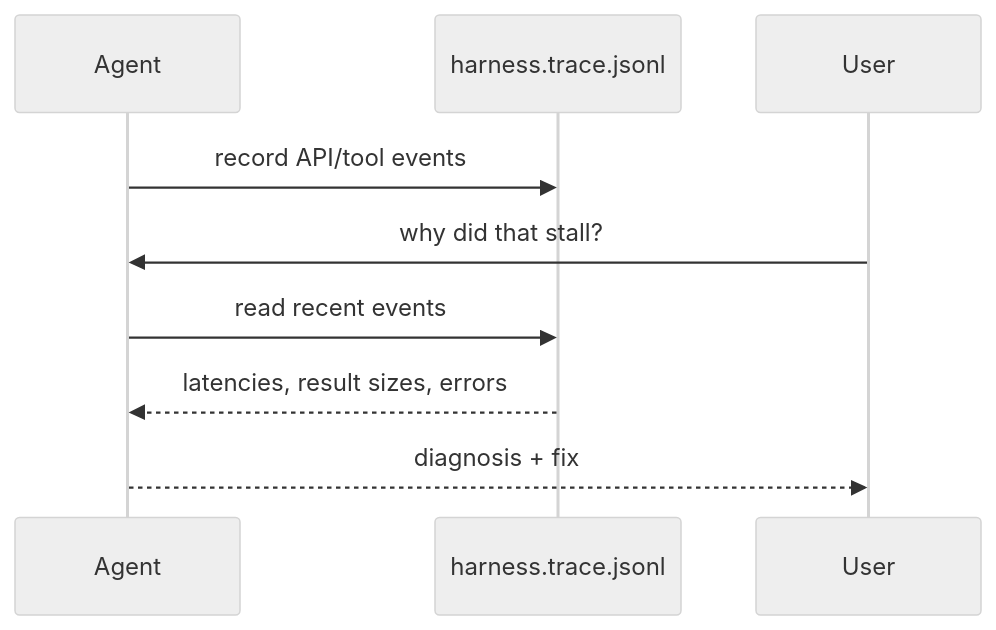
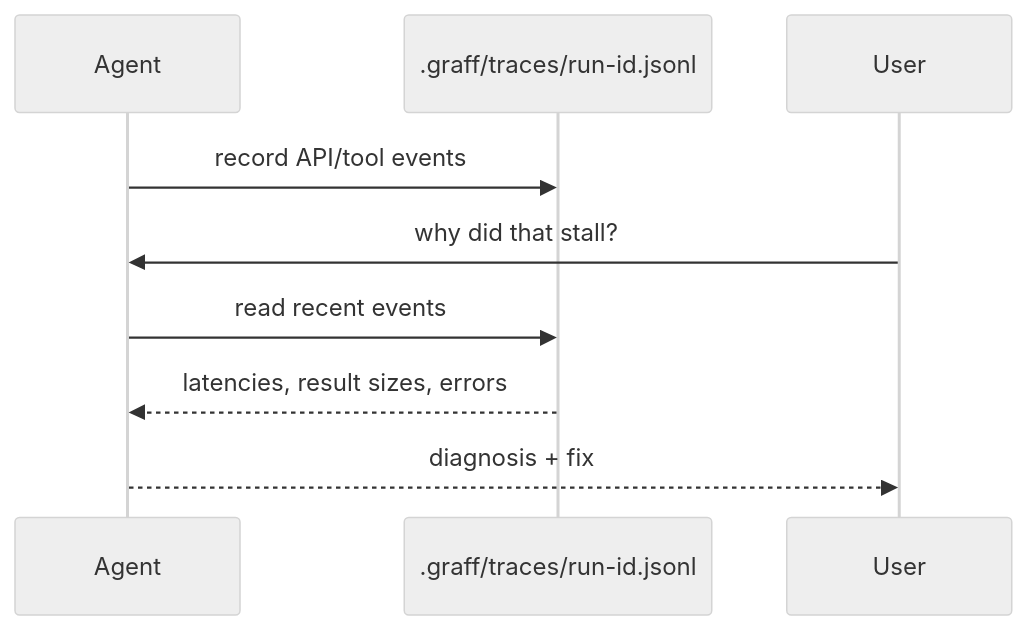
Before and after one commit to justrach/codegraff: the sixth of 8 diagrams in Agentic_Operating_System.md, drawn with Mermaid (neutral theme). The commit also changed other lines of this file and 51 other files, not shown here.

````diff
--- a/Agentic_Operating_System.md
+++ b/Agentic_Operating_System.md
@@ -272,12 +272,12 @@
 ```mermaid
 sequenceDiagram
     participant Agent
-    participant Trace as harness.trace.jsonl
+    participant Trace as .graff/traces/run-id.jsonl
     participant User
 
     Agent->>Trace: record API/tool events
     User->>Agent: why did that stall?
     Agent->>Trace: read recent events
     Trace-->>Agent: latencies, result sizes, errors
     Agent-->>User: diagnosis + fix
 ```
````
